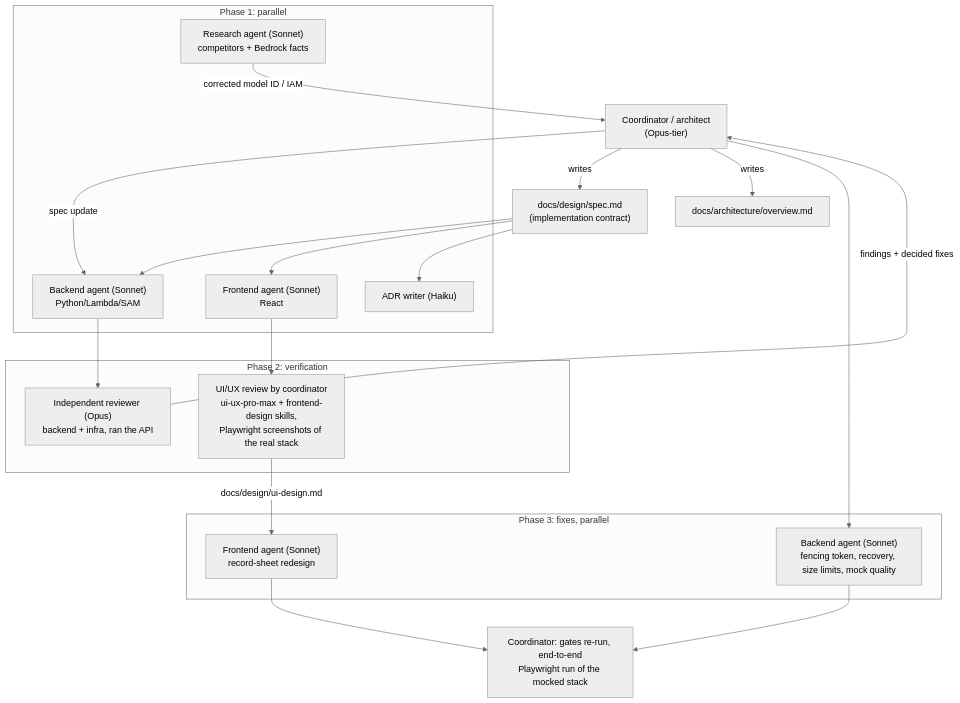
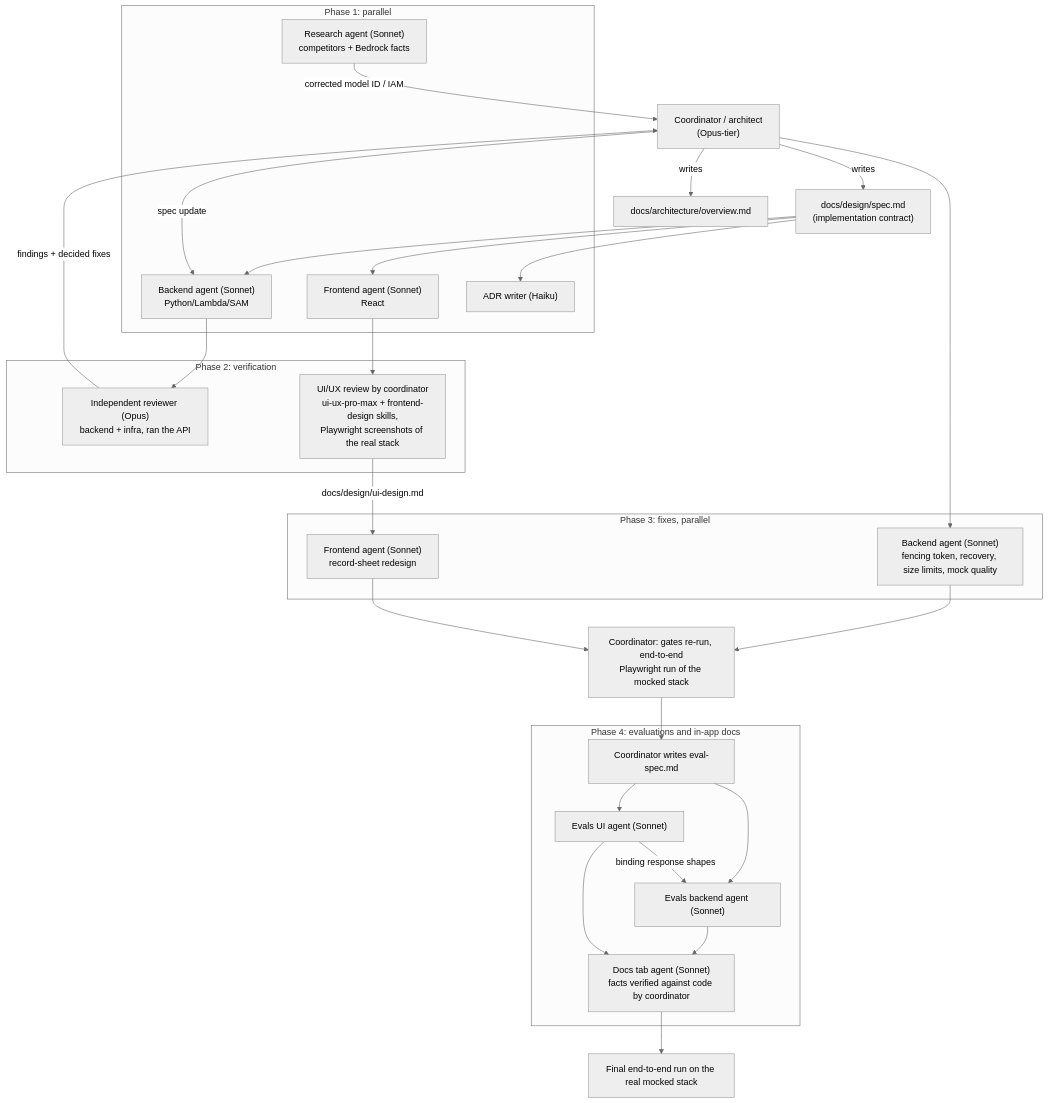
Before and after one commit to JoseMagalhaes16/summarizer-draft: the diagram in docs/process.md, drawn with Mermaid (neutral theme). The commit also changed 8 other files, not shown here.

First line of the commit message:
Add screenshots and document evaluations and in-app docs in README

````diff
--- a/docs/process.md
+++ b/docs/process.md
@@ -7,31 +7,41 @@
 ```mermaid
 flowchart TB
     C["Coordinator / architect<br/>(Opus-tier)"]
     C -->|writes| SPEC["docs/design/spec.md<br/>(implementation contract)"]
     C -->|writes| ARCH["docs/architecture/overview.md"]
 
     subgraph P1["Phase 1: parallel"]
         R["Research agent (Sonnet)<br/>competitors + Bedrock facts"]
         BE["Backend agent (Sonnet)<br/>Python/Lambda/SAM"]
         FE["Frontend agent (Sonnet)<br/>React"]
         ADR["ADR writer (Haiku)"]
     end
     SPEC --> BE & FE & ADR
     R -->|"corrected model ID / IAM"| C
     C -->|"spec update"| BE
 
     subgraph P2["Phase 2: verification"]
         REV["Independent reviewer (Opus)<br/>backend + infra, ran the API"]
         UX["UI/UX review by coordinator<br/>ui-ux-pro-max + frontend-design skills,<br/>Playwright screenshots of the real stack"]
     end
     BE --> REV
     FE --> UX
 
     subgraph P3["Phase 3: fixes, parallel"]
         BE2["Backend agent (Sonnet)<br/>fencing token, recovery, size limits, mock quality"]
         FE2["Frontend agent (Sonnet)<br/>record-sheet redesign"]
     end
     REV -->|"findings + decided fixes"| C --> BE2
     UX -->|"docs/design/ui-design.md"| FE2
     BE2 & FE2 --> V["Coordinator: gates re-run, end-to-end<br/>Playwright run of the mocked stack"]
+
+    subgraph P4["Phase 4: evaluations and in-app docs"]
+        ES["Coordinator writes eval-spec.md"]
+        EF["Evals UI agent (Sonnet)"]
+        EB["Evals backend agent (Sonnet)"]
+        DF["Docs tab agent (Sonnet)<br/>facts verified against code by coordinator"]
+    end
+    V --> ES --> EF & EB
+    EF -->|"binding response shapes"| EB
+    EB & EF --> DF --> V2["Final end-to-end run on the real mocked stack"]
 ```
````
